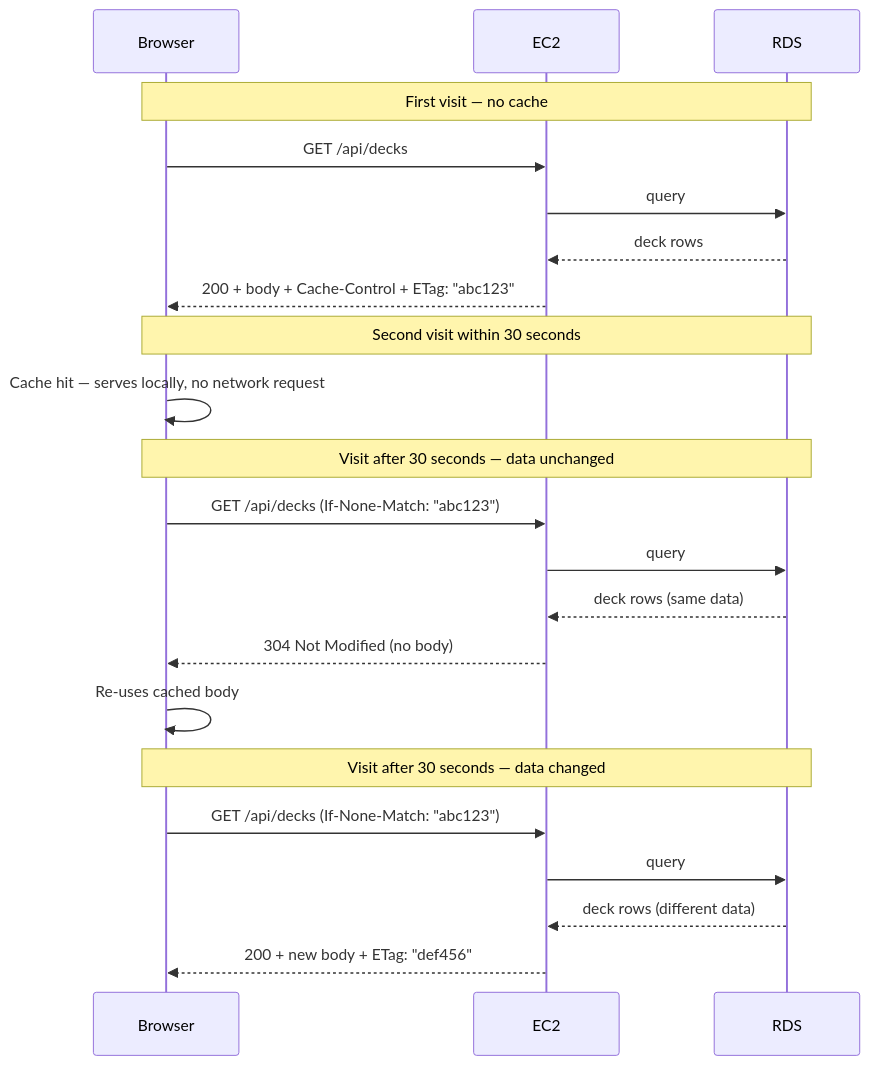
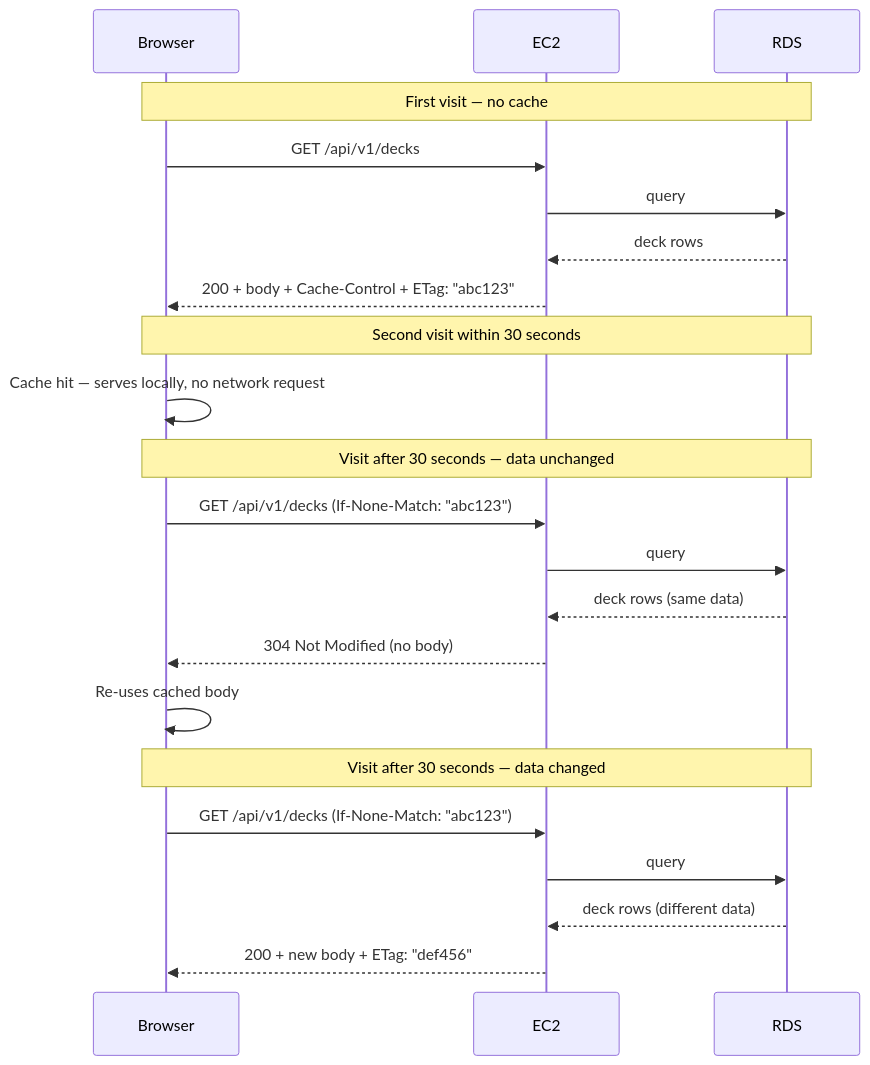
One commit to KyleGowen/overpower-deckbuilder changed the diagram in docs/current/HTTP_CACHING.md. Above: the diagram before and after it, drawn with Mermaid. The commit also changed other lines of this file and 42 other files, not shown here.

First line of the commit message:
Migrate GET /api/decks to GET /api/v1/decks

````diff
--- a/docs/current/HTTP_CACHING.md
+++ b/docs/current/HTTP_CACHING.md
@@ -43,28 +43,28 @@
 ```mermaid
 sequenceDiagram
     participant Browser
     participant EC2
     participant RDS
 
     Note over Browser,RDS: First visit — no cache
-    Browser->>EC2: GET /api/decks
+    Browser->>EC2: GET /api/v1/decks
     EC2->>RDS: query
     RDS-->>EC2: deck rows
     EC2-->>Browser: 200 + body + Cache-Control + ETag: "abc123"
 
     Note over Browser,RDS: Second visit within 30 seconds
     Browser->>Browser: Cache hit — serves locally, no network request
 
     Note over Browser,RDS: Visit after 30 seconds — data unchanged
-    Browser->>EC2: GET /api/decks (If-None-Match: "abc123")
+    Browser->>EC2: GET /api/v1/decks (If-None-Match: "abc123")
     EC2->>RDS: query
     RDS-->>EC2: deck rows (same data)
     EC2-->>Browser: 304 Not Modified (no body)
     Browser->>Browser: Re-uses cached body
 
     Note over Browser,RDS: Visit after 30 seconds — data changed
-    Browser->>EC2: GET /api/decks (If-None-Match: "abc123")
+    Browser->>EC2: GET /api/v1/decks (If-None-Match: "abc123")
     EC2->>RDS: query
     RDS-->>EC2: deck rows (different data)
     EC2-->>Browser: 200 + new body + ETag: "def456"
 ```
````
